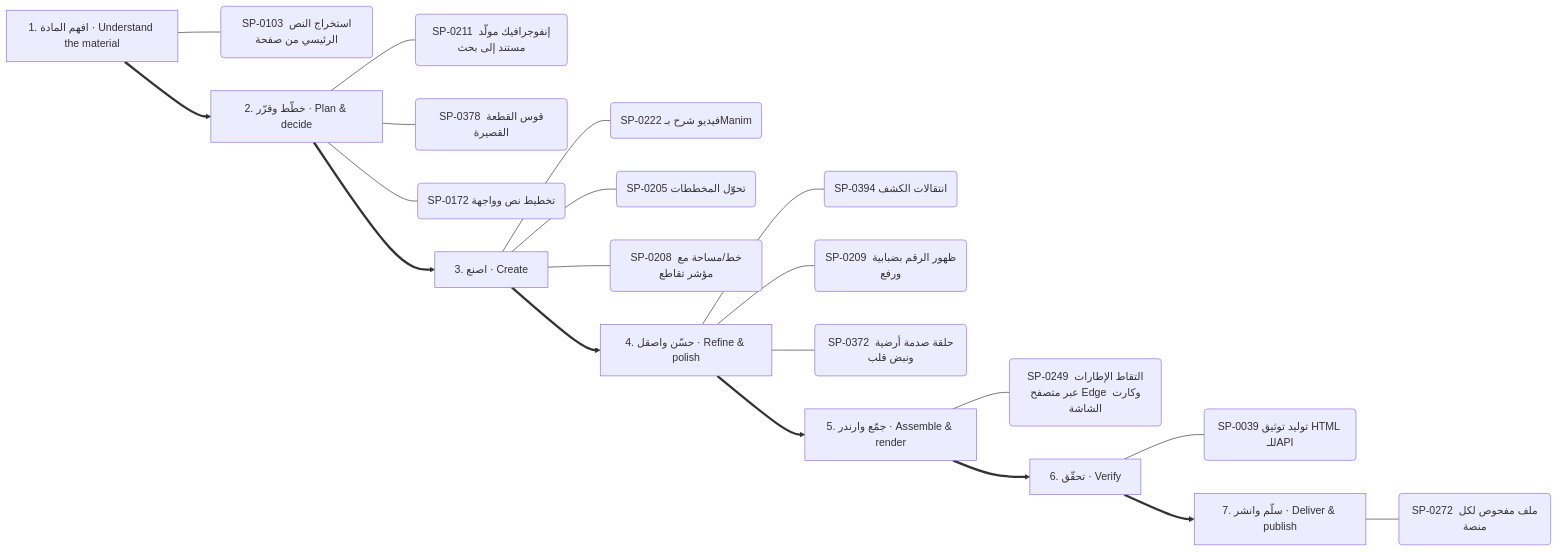
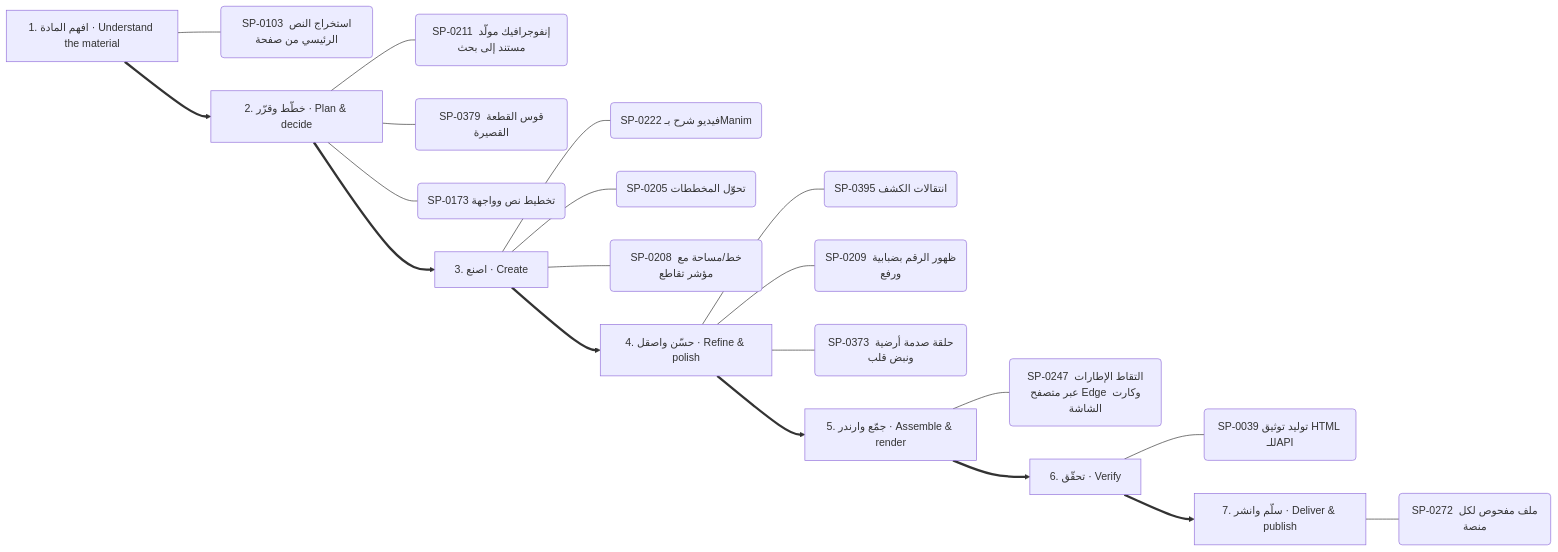
Before and after one commit to kosif199022-jpg/kosif-tool: the fifth of 13 diagrams in .claude/skills/kosif-superpowers/references/capability-mindmap.md, drawn with Mermaid. The commit also changed other lines of this file and 53 other files, not shown here.

````diff
--- a/.claude/skills/kosif-superpowers/references/capability-mindmap.md
+++ b/.claude/skills/kosif-superpowers/references/capability-mindmap.md
@@ -271,29 +269,29 @@
 ```mermaid
 flowchart LR
   S0["1. افهم المادة · Understand the material"]
   S0 --- S0_0("SP-0103 استخراج النص الرئيسي من صفحة")
   S1["2. خطّط وقرّر · Plan & decide"]
   S1 --- S1_0("SP-0211 إنفوجرافيك مولَّد مستند إلى بحث")
-  S1 --- S1_1("SP-0378 قوس القطعة القصيرة")
-  S1 --- S1_2("SP-0172 تخطيط نص وواجهة")
+  S1 --- S1_1("SP-0379 قوس القطعة القصيرة")
+  S1 --- S1_2("SP-0173 تخطيط نص وواجهة")
   S0 ==> S1
   S2["3. اصنع · Create"]
   S2 --- S2_0("SP-0222 فيديو شرح بـManim")
   S2 --- S2_1("SP-0205 تحوّل المخططات")
   S2 --- S2_2("SP-0208 خط/مساحة مع مؤشر تقاطع")
   S1 ==> S2
   S3["4. حسّن واصقل · Refine & polish"]
-  S3 --- S3_0("SP-0394 انتقالات الكشف")
+  S3 --- S3_0("SP-0395 انتقالات الكشف")
   S3 --- S3_1("SP-0209 ظهور الرقم بضبابية ورفع")
-  S3 --- S3_2("SP-0372 حلقة صدمة أرضية ونبض قلب")
+  S3 --- S3_2("SP-0373 حلقة صدمة أرضية ونبض قلب")
   S2 ==> S3
   S4["5. جمّع وارندر · Assemble & render"]
-  S4 --- S4_0("SP-0249 التقاط الإطارات عبر متصفح Edge وكارت الشاشة")
+  S4 --- S4_0("SP-0247 التقاط الإطارات عبر متصفح Edge وكارت الشاشة")
   S3 ==> S4
   S5["6. تحقّق · Verify"]
   S5 --- S5_0("SP-0039 توليد توثيق HTML للـAPI")
   S4 ==> S5
   S6["7. سلّم وانشر · Deliver & publish"]
   S6 --- S6_0("SP-0272 ملف مفحوص لكل منصة")
   S5 ==> S6
 ```
````
